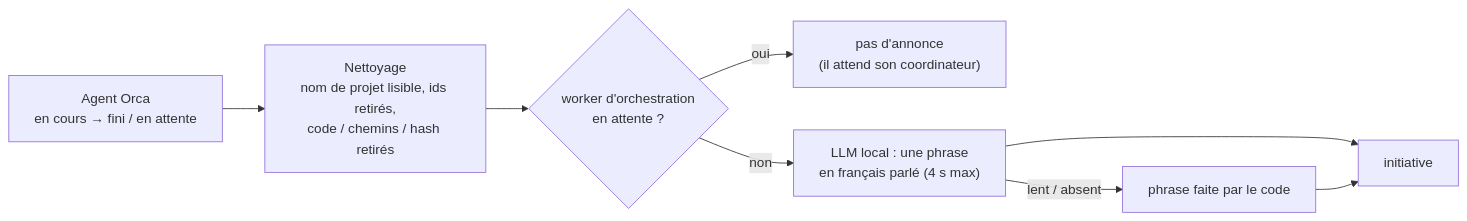
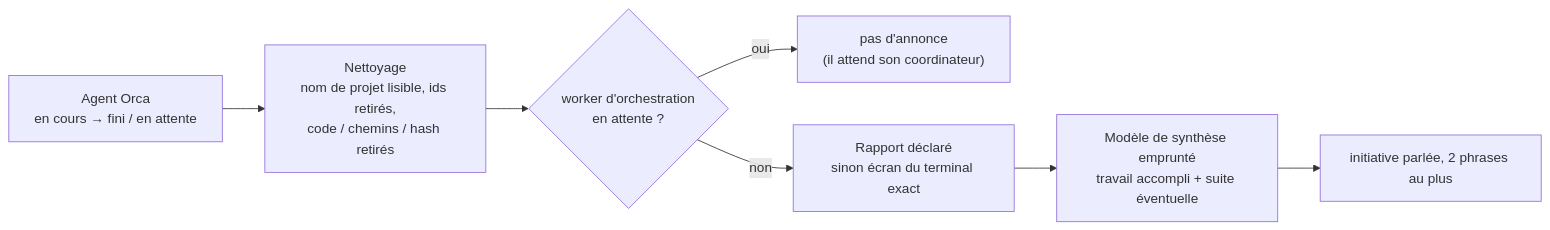
The fourth of 4 diagrams in docs/spec/outils-reels.md (gleborgne/floppy), drawn with Mermaid before and after one commit. The commit also changed other lines of this file and 17 other files, not shown here.

````diff
--- a/docs/spec/outils-reels.md
+++ b/docs/spec/outils-reels.md
@@ -164,10 +167,9 @@
 ```mermaid
 flowchart LR
   O["Agent Orca<br/>en cours → fini / en attente"] --> N["Nettoyage<br/>nom de projet lisible, ids retirés,<br/>code / chemins / hash retirés"]
   N --> W{"worker d'orchestration<br/>en attente ?"}
   W -- oui --> X["pas d'annonce<br/>(il attend son coordinateur)"]
-  W -- non --> L["LLM local : une phrase<br/>en français parlé (4 s max)"]
-  L -- "lent / absent" --> P["phrase faite par le code"]
-  L --> I["initiative"]
-  P --> I
+  W -- non --> R["Rapport déclaré<br/>sinon écran du terminal exact"]
+  R --> P["Modèle de synthèse emprunté<br/>travail accompli + suite éventuelle"]
+  P --> I["initiative parlée, 2 phrases au plus"]
 ```
````
